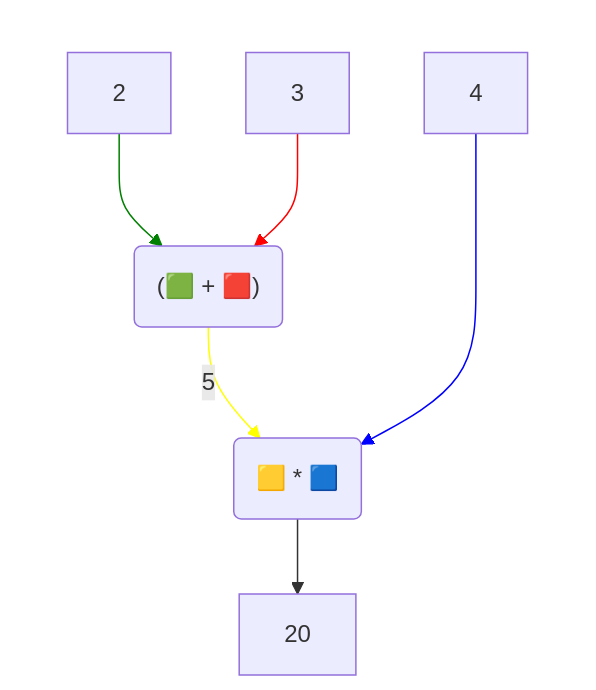
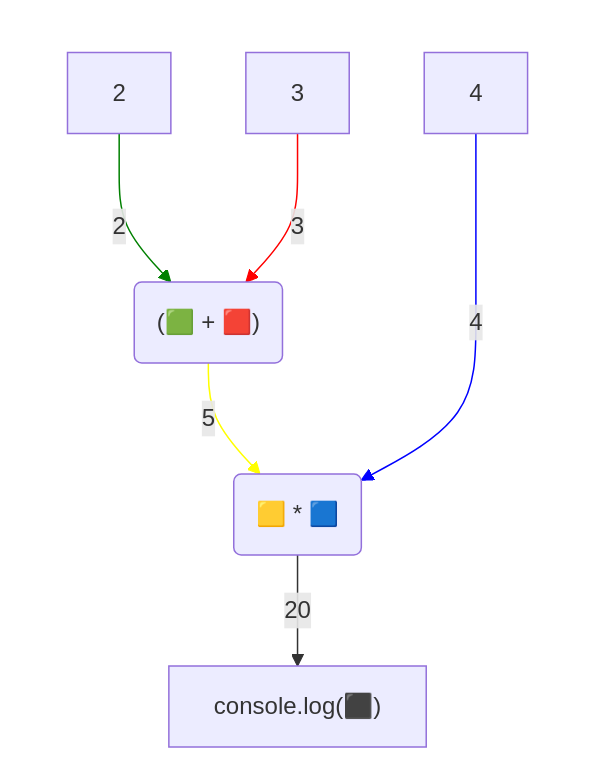
The second of 2 diagrams in Вирази - використання дужок.md (EugeneLoy/javascript-handbook), drawn with Mermaid before and after one commit. The commit also changed other lines of this file and 3 other files, not shown here.

Commit message:
updated charts

````diff
--- a/Вирази - використання дужок.md
+++ b/Вирази - використання дужок.md
@@ -56,24 +56,24 @@
 ```mermaid
 flowchart TD
     subgraph VALUES[" "]
       V1[2]
       V2[3]
       V3[4]
     end
 
-    O1("(🟩 + 🟥)")
-    O2("🟨 * 🟦")
-    R2[20]
+    E1("(🟩 + 🟥)")
+    E2("🟨 * 🟦")
+    E3["console.log(⬛)"]
 
-    V1 --> O1
-    V2 --> O1
-    O1 -->|5| O2
-    V3 --> O2
-    O2 --> R2
+    V1 -->|2| E1
+    V2 -->|3| E1
+    E1 -->|5| E2
+    V3 -->|4| E2
+    E2 -->|20| E3
 
 style VALUES stroke:none, fill:none
 linkStyle 0 stroke:green
 linkStyle 1 stroke:red
 linkStyle 2 stroke:yellow
 linkStyle 3 stroke:blue
 ```
````
